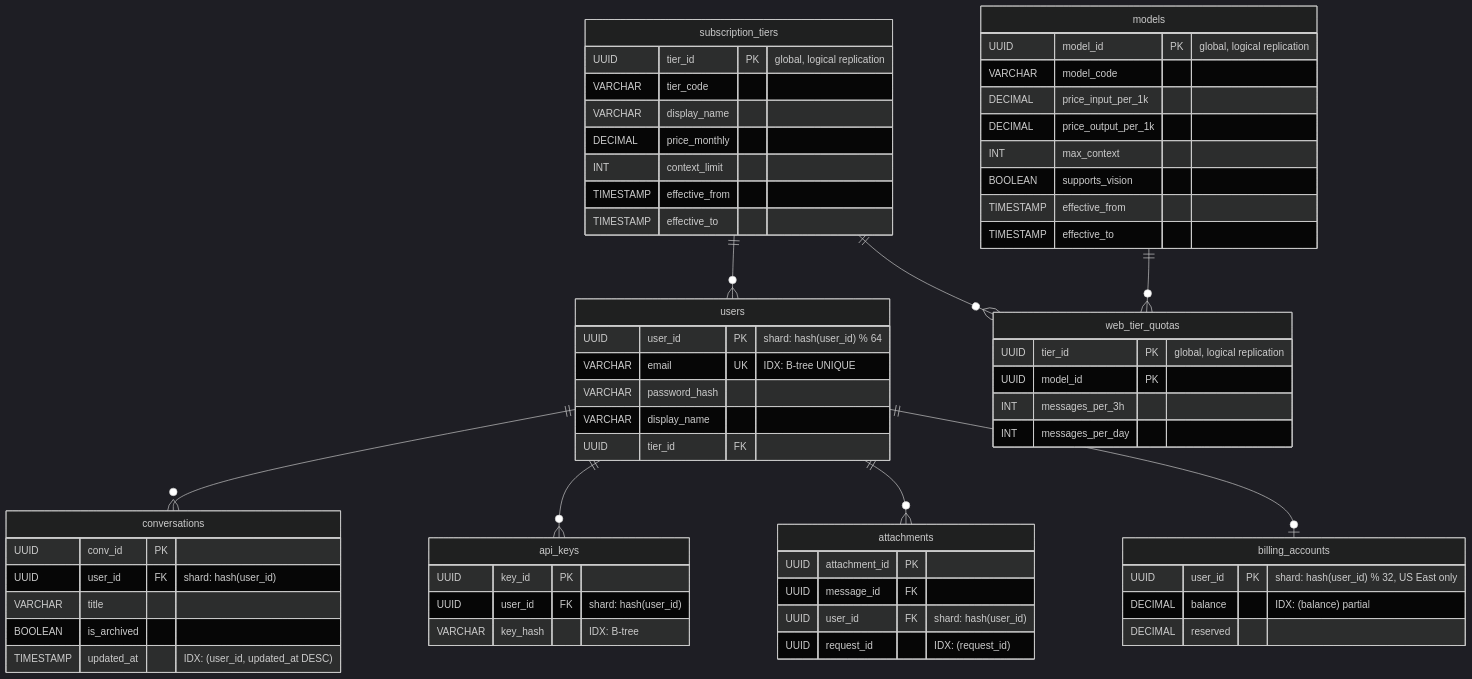
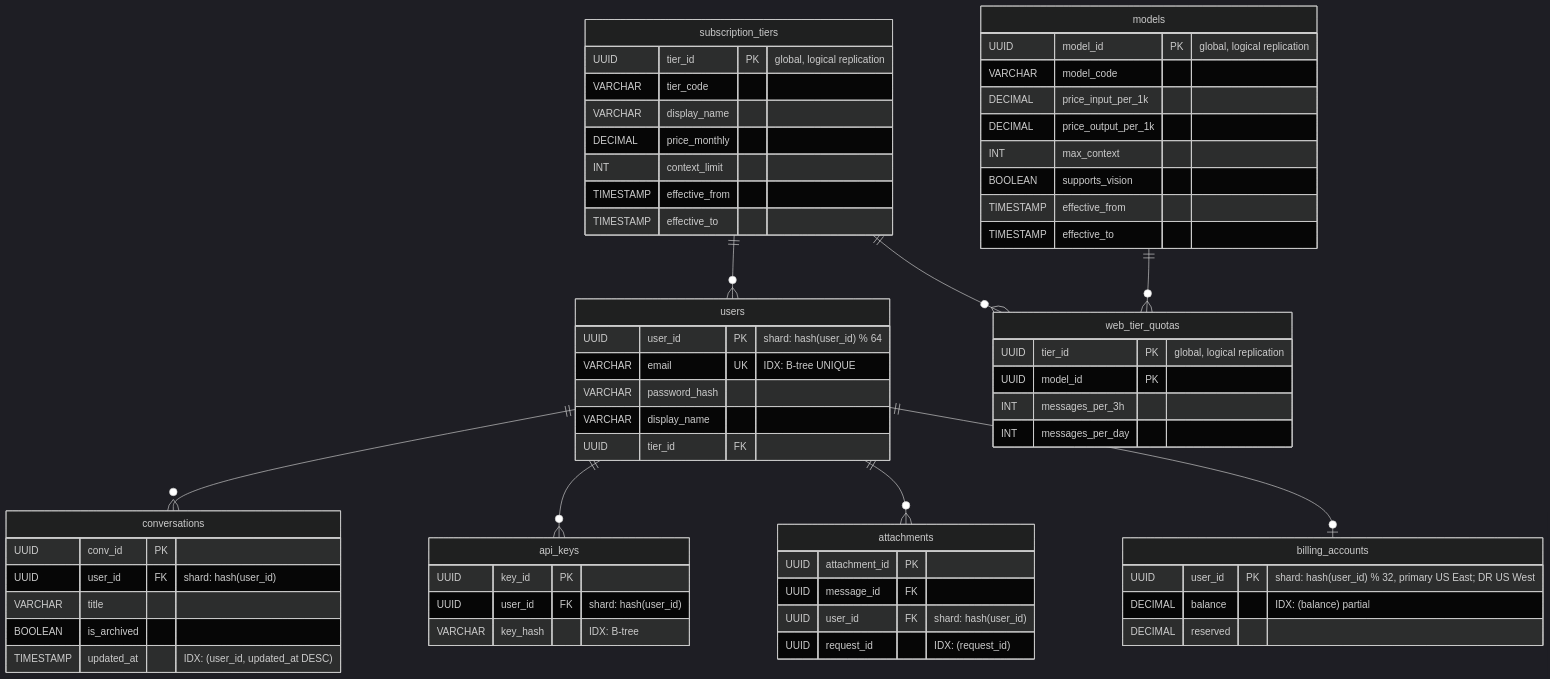
One commit to yaksase/highload_hse changed the fourth of 7 diagrams in README.md. Above: the diagram before and after it, drawn with Mermaid (dark theme). The commit also changed other lines of this file, not shown here.

````diff
--- a/README.md
+++ b/README.md
@@ -1178,65 +1178,65 @@
 ```mermaid
 erDiagram
     subscription_tiers {
         UUID tier_id PK "global, logical replication"
         VARCHAR tier_code
         VARCHAR display_name
         DECIMAL price_monthly
         INT context_limit
         TIMESTAMP effective_from
         TIMESTAMP effective_to
     }
     models {
         UUID model_id PK "global, logical replication"
         VARCHAR model_code
         DECIMAL price_input_per_1k
         DECIMAL price_output_per_1k
         INT max_context
         BOOLEAN supports_vision
         TIMESTAMP effective_from
         TIMESTAMP effective_to
     }
     web_tier_quotas {
         UUID tier_id PK "global, logical replication"
         UUID model_id PK
         INT messages_per_3h
         INT messages_per_day
     }
     users {
         UUID user_id PK "shard: hash(user_id) % 64"
         VARCHAR email UK "IDX: B-tree UNIQUE"
         VARCHAR password_hash
         VARCHAR display_name
         UUID tier_id FK
     }
     conversations {
         UUID conv_id PK
         UUID user_id FK "shard: hash(user_id)"
         VARCHAR title
         BOOLEAN is_archived
         TIMESTAMP updated_at "IDX: (user_id, updated_at DESC)"
     }
     api_keys {
         UUID key_id PK
         UUID user_id FK "shard: hash(user_id)"
         VARCHAR key_hash "IDX: B-tree"
     }
     attachments {
         UUID attachment_id PK
         UUID message_id FK
         UUID user_id FK "shard: hash(user_id)"
         UUID request_id "IDX: (request_id)"
     }
     billing_accounts {
-        UUID user_id PK "shard: hash(user_id) % 32, US East only"
+        UUID user_id PK "shard: hash(user_id) % 32, primary US East; DR US West"
         DECIMAL balance "IDX: (balance) partial"
         DECIMAL reserved
     }
     subscription_tiers ||--o{ users : ""
     subscription_tiers ||--o{ web_tier_quotas : ""
     models ||--o{ web_tier_quotas : ""
     users ||--o{ conversations : ""
     users ||--o{ api_keys : ""
     users ||--o{ attachments : ""
     users ||--o| billing_accounts : ""
 ```
````
